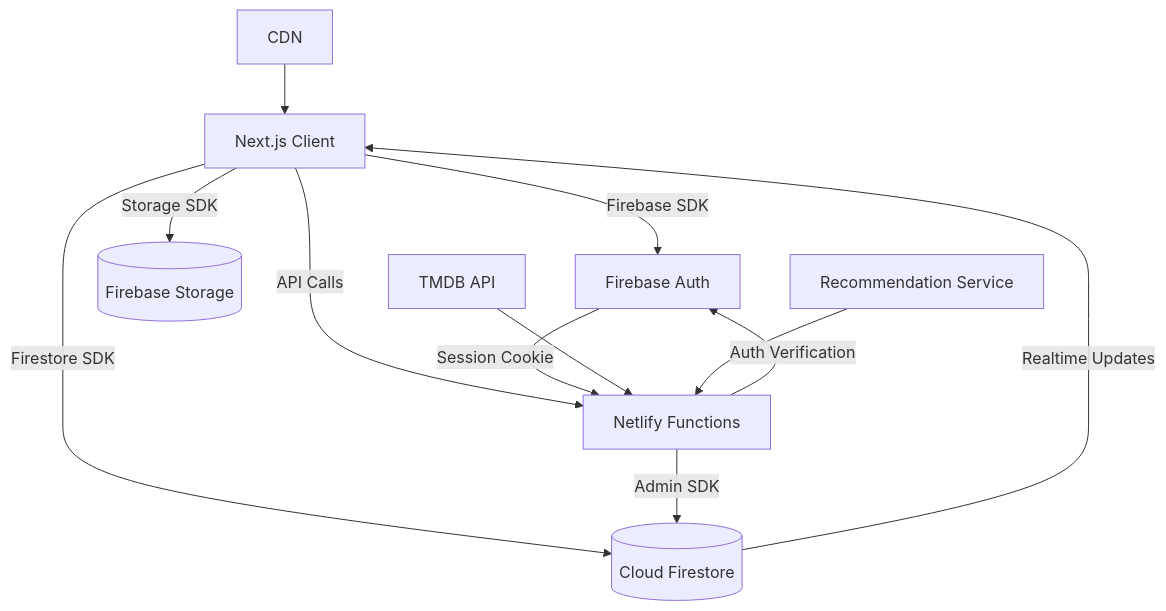
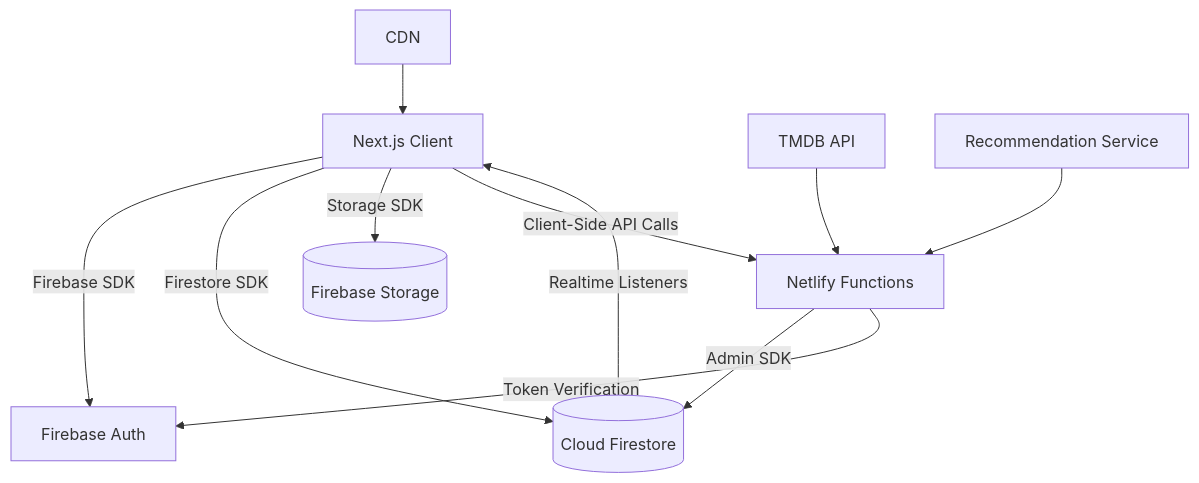
The first of 3 diagrams in README.md (xuechunL/cinemo-react), drawn with Mermaid before and after one commit. The commit also changed other lines of this file, not shown here.

Commit message:
README: update system architecture and project structure

````diff
--- a/README.md
+++ b/README.md
@@ -37,15 +37,14 @@
 ```mermaid
 graph TD;
     A[Next.js Client] -->|Firebase SDK| B[Firebase Auth]
     A -->|Firestore SDK| C[(Cloud Firestore)]
     A -->|Storage SDK| D[(Firebase Storage)]
-    A -->|API Calls| E[Netlify Functions]
+    A -->|Client-Side API Calls| E[Netlify Functions]
     E -->|Admin SDK| C
-    E -->|Auth Verification| B
-    C -->|Realtime Updates| A
-    B -->|Session Cookie| E
+    E -->|Token Verification| B
+    C -->|Realtime Listeners| A
     F[TMDB API] --> E
     G[Recommendation Service] --> E
     H[CDN] --> A
 
 ```
````
